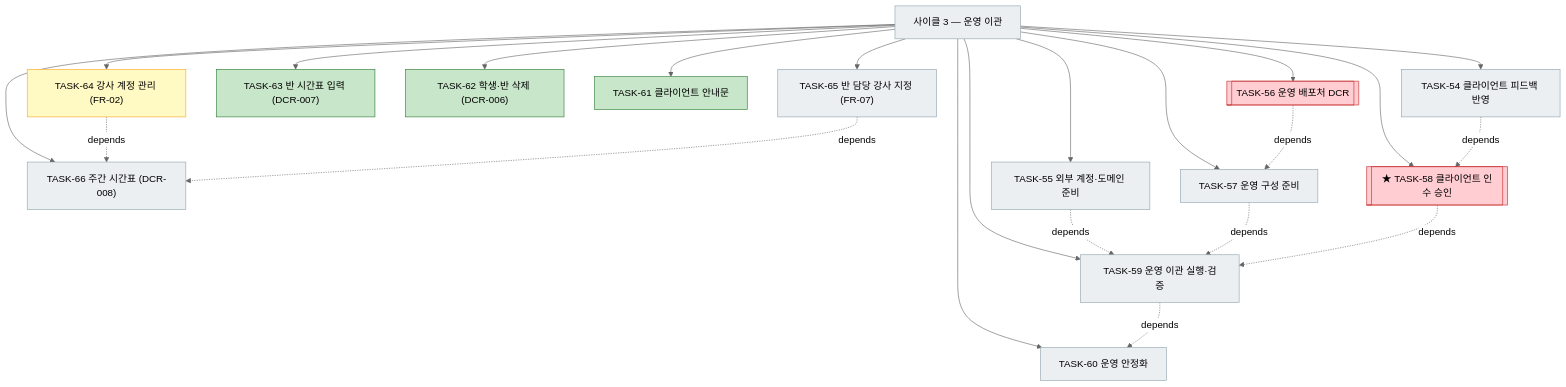
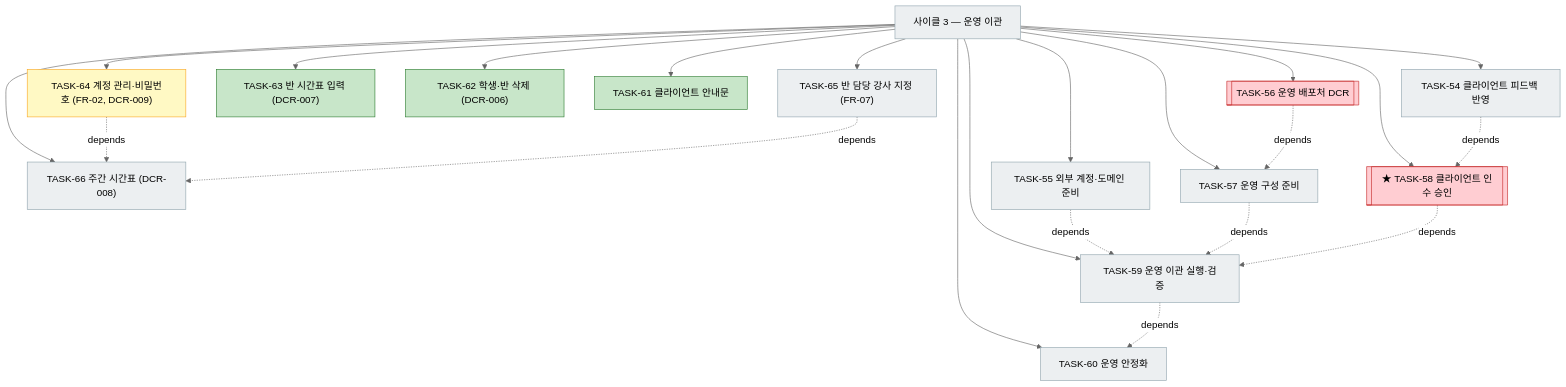
Before and after one commit to bluesky5008/mathdesk: the fourth of 5 diagrams in docs/plan.md, drawn with Mermaid (neutral theme). The commit also changed other lines of this file and 5 other files, not shown here.

Commit message:
docs: 기준선 v10 발행 — DCR-009 승인(비밀번호 변경·재설정)

````diff
--- a/docs/plan.md
+++ b/docs/plan.md
@@ -238,29 +238,29 @@
 ```mermaid
 flowchart TD
     C3["사이클 3 — 운영 이관"]:::todo
-    C3 --> T64["TASK-64 강사 계정 관리 (FR-02)"]:::active
+    C3 --> T64["TASK-64 계정 관리·비밀번호 (FR-02, DCR-009)"]:::active
     C3 --> T65["TASK-65 반 담당 강사 지정 (FR-07)"]:::todo
     C3 --> T66["TASK-66 주간 시간표 (DCR-008)"]:::todo
     T64 -. depends .-> T66
     T65 -. depends .-> T66
     C3 --> T63["TASK-63 반 시간표 입력 (DCR-007)"]:::done
     C3 --> T62["TASK-62 학생·반 삭제 (DCR-006)"]:::done
     C3 --> T61["TASK-61 클라이언트 안내문"]:::done
     C3 --> T54["TASK-54 클라이언트 피드백 반영"]:::todo
     C3 --> T55["TASK-55 외부 계정·도메인 준비"]:::todo
     C3 --> T56[["TASK-56 운영 배포처 DCR"]]:::gate
     C3 --> T57["TASK-57 운영 구성 준비"]:::todo
     C3 --> T58[["★ TASK-58 클라이언트 인수 승인"]]:::gate
     C3 --> T59["TASK-59 운영 이관 실행·검증"]:::todo
     C3 --> T60["TASK-60 운영 안정화"]:::todo
     T56 -. depends .-> T57
     T54 -. depends .-> T58
     T55 -. depends .-> T59
     T57 -. depends .-> T59
     T58 -. depends .-> T59
     T59 -. depends .-> T60
     classDef done fill:#c8e6c9,stroke:#2e7d32
     classDef active fill:#fff9c4,stroke:#f9a825
     classDef todo fill:#eceff1,stroke:#90a4ae
     classDef gate fill:#ffcdd2,stroke:#c62828
 ```
````
